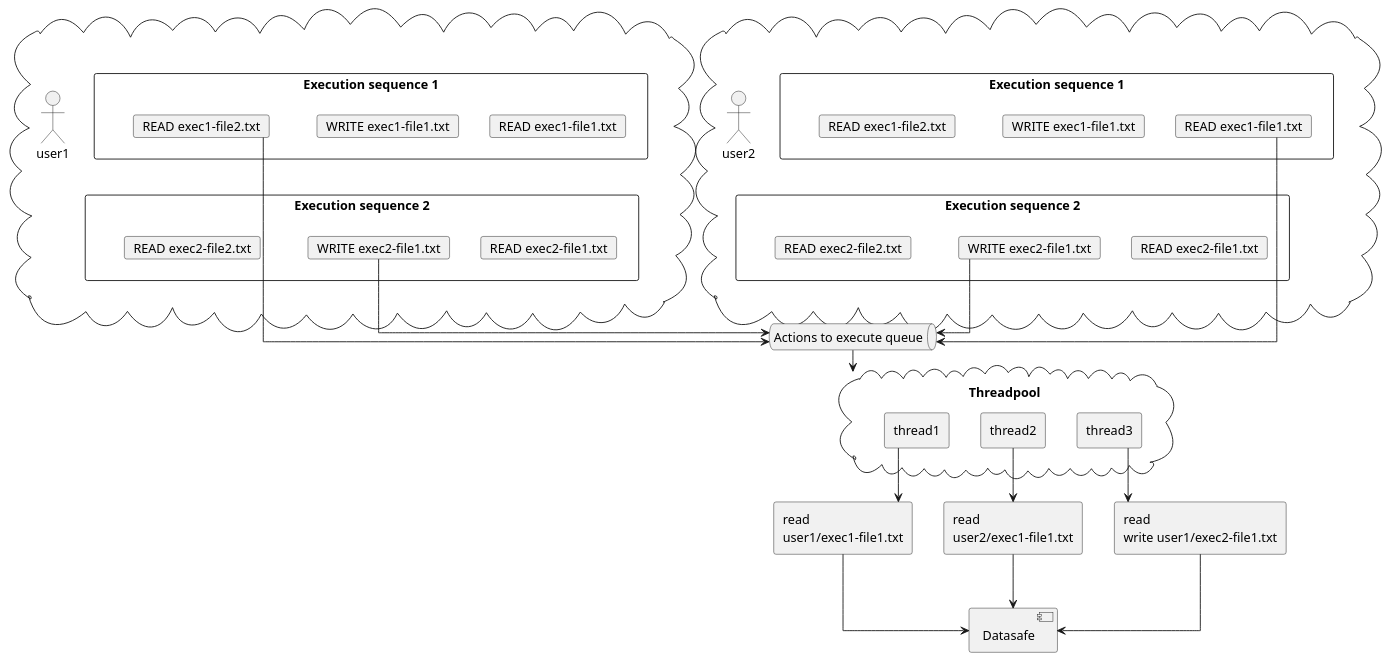
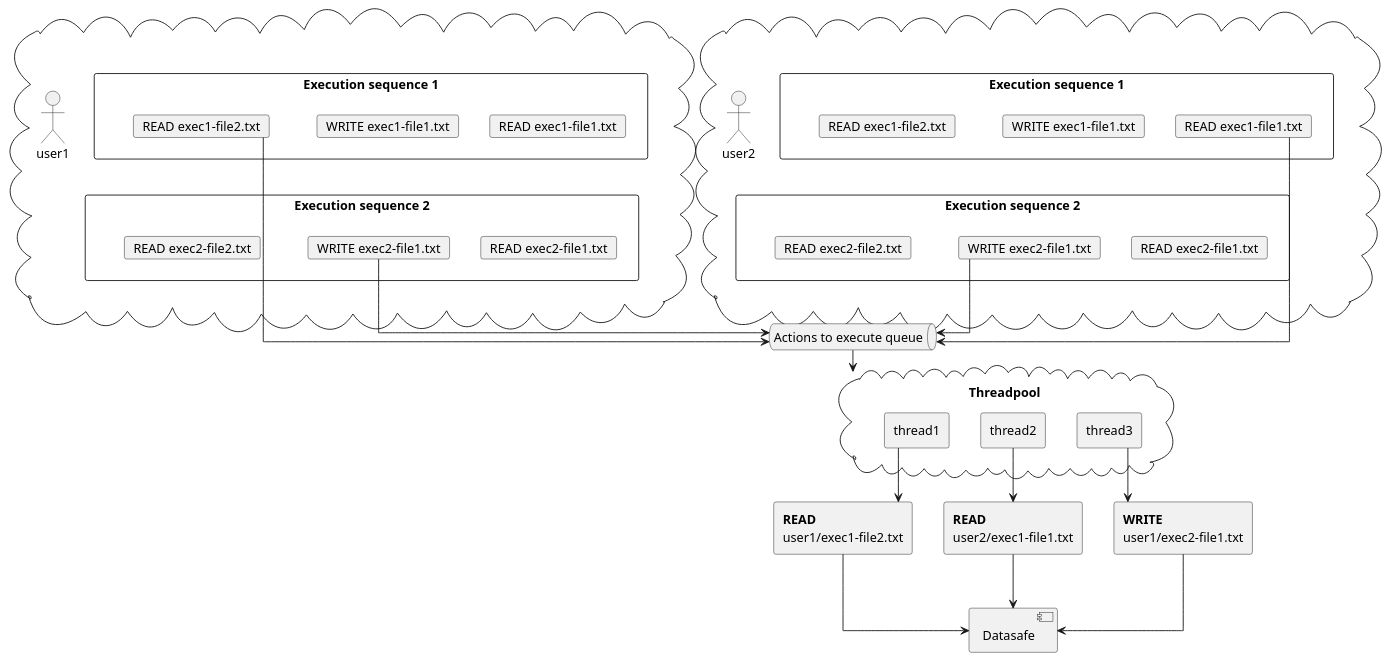
The diagram in datasafe-long-run-tests/datasafe-business-tests-random-actions/high_level_view.puml (adorsys/datasafe), drawn with PlantUML before and after one commit. The commit also changed 1 other file, not shown here.

Commit message:
DOC-224. Bump diagram version

```diff
--- a/datasafe-long-run-tests/datasafe-business-tests-random-actions/high_level_view.puml
+++ b/datasafe-long-run-tests/datasafe-business-tests-random-actions/high_level_view.puml
@@ -1,75 +1,75 @@
 @startuml
 
 skinparam linetype ortho
 
 cloud " " as u1 {
     actor user1
     rectangle "Execution sequence 1" as u1.execution1 {
         card "READ exec1-file1.txt" as u1e1rf1
         card "WRITE exec1-file1.txt" as u1e1wf1
         card "READ exec1-file2.txt" as u1e1rf2
         u1e1rf1 -[hidden]left- u1e1wf1
         u1e1rf2 -[hidden]left- u1e1rf2
     }
     
     rectangle "Execution sequence 2" as u1.execution2 {
         card "READ exec2-file1.txt" as u1e2rf1
         card "WRITE exec2-file1.txt" as u1e2wf1
         card "READ exec2-file2.txt" as u1e2rf2
         u1e2rf1 -[hidden]left- u1e2wf1
         u1e2rf2 -[hidden]left- u1e2rf2
     }
 
     u1.execution1 -[hidden]down- u1.execution2
 }
 
 cloud " " as u2 {
     actor user2
     rectangle "Execution sequence 1" as u2.execution1 {
         card "READ exec1-file1.txt" as u2e1rf1
         card "WRITE exec1-file1.txt" as u2e1wf1
         card "READ exec1-file2.txt" as u2e1rf2
         u2e1rf1 -[hidden]left- u2e1wf1
         u2e1rf2 -[hidden]left- u2e1rf2
     }
     
     rectangle "Execution sequence 2" as u2.execution2 {
         card "READ exec2-file1.txt" as u2e2rf1
         card "WRITE exec2-file1.txt" as u2e2wf1
         card "READ exec2-file2.txt" as u2e2rf2
         u2e2rf1 -[hidden]left- u2e2wf1
         u2e2rf2 -[hidden]left- u2e2rf2
     }
     
     u2.execution1 -[hidden]down- u2.execution2
 }
 
 queue "Actions to execute queue" as workQueue
 
 u1e1rf2 --> workQueue
 u2e1rf1 --> workQueue
 u1e2wf1 --> workQueue
 u2e2wf1 --> workQueue
 
 cloud Threadpool {
     agent thread1
     agent thread2
     agent thread3
 }
 
 workQueue --> Threadpool
 
 component Datasafe
 
-rectangle "read\nuser1/exec1-file1.txt" as read1
-rectangle "read\nwrite user1/exec2-file1.txt" as write1
-rectangle "read\nuser2/exec1-file1.txt" as read2
+rectangle "**READ**\nuser1/exec1-file2.txt" as read1
+rectangle "**WRITE**\nuser1/exec2-file1.txt" as write1
+rectangle "**READ**\nuser2/exec1-file1.txt" as read2
 
 thread1 --> read1
 read1 --> Datasafe
 thread2 --> read2
 read2 --> Datasafe
 thread3 --> write1
 write1 --> Datasafe
 
 @enduml
```
